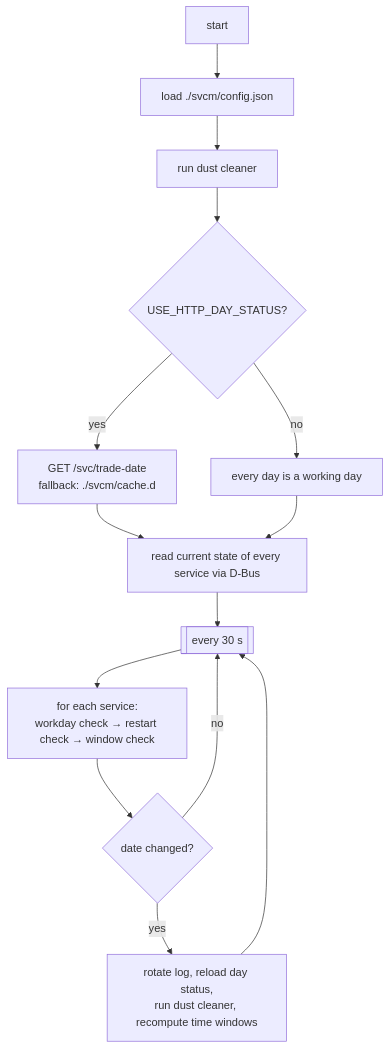
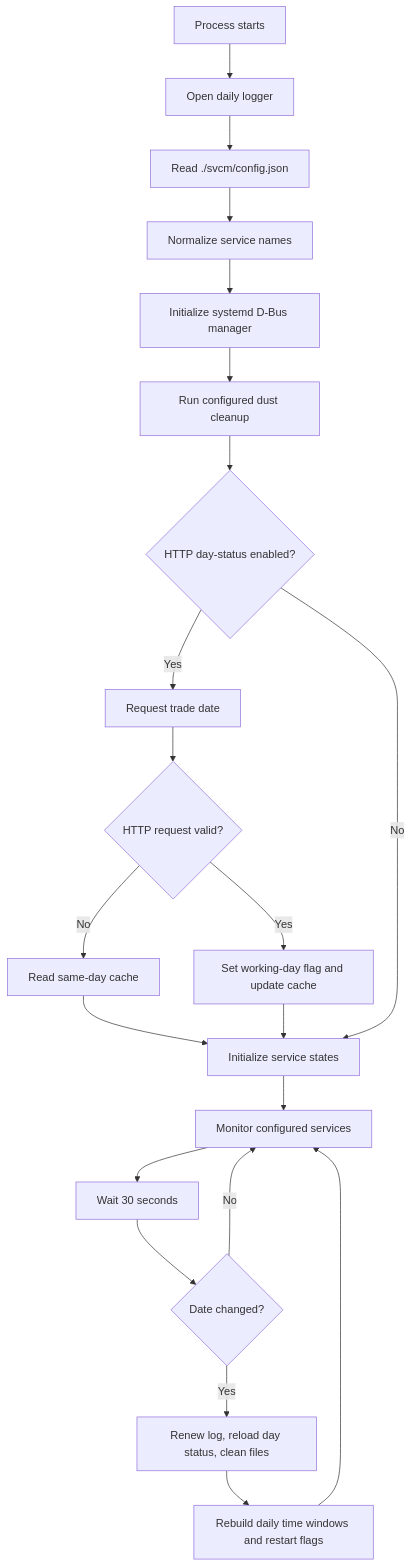
One commit to rajibchy/linux-service-manager changed the diagram in README.md. Above: the diagram before and after it, drawn with Mermaid. The commit also changed other lines of this file, not shown here.

````diff
--- a/README.md
+++ b/README.md
@@ -49,16 +72,23 @@
 ```mermaid
 flowchart TD
-    A[start] --> B[load ./svcm/config.json]
-    B --> C[run dust cleaner]
-    C --> D{USE_HTTP_DAY_STATUS?}
-    D -- yes --> E[GET /svc/trade-date<br/>fallback: ./svcm/cache.d]
-    D -- no --> F[every day is a working day]
-    E --> G[read current state of every service via D-Bus]
-    F --> G
-    G --> H[[every 30 s]]
-    H --> I[for each service:<br/>workday check → restart check → window check]
-    I --> J{date changed?}
-    J -- no --> H
-    J -- yes --> K[rotate log, reload day status,<br/>run dust cleaner, recompute time windows]
-    K --> H
+    A[Process starts] --> B[Open daily logger]
+    B --> C[Read ./svcm/config.json]
+    C --> D[Normalize service names]
+    D --> E[Initialize systemd D-Bus manager]
+    E --> F[Run configured dust cleanup]
+    F --> G{HTTP day-status enabled?}
+    G -- Yes --> H[Request trade date]
+    H --> I{HTTP request valid?}
+    I -- No --> J[Read same-day cache]
+    I -- Yes --> K[Set working-day flag and update cache]
+    J --> L[Initialize service states]
+    K --> L
+    G -- No --> L
+    L --> M[Monitor configured services]
+    M --> N[Wait 30 seconds]
+    N --> O{Date changed?}
+    O -- No --> M
+    O -- Yes --> P[Renew log, reload day status, clean files]
+    P --> Q[Rebuild daily time windows and restart flags]
+    Q --> M
 ```
````
